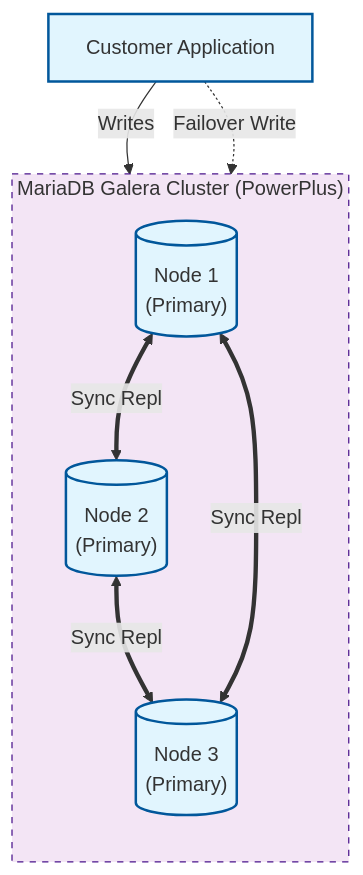
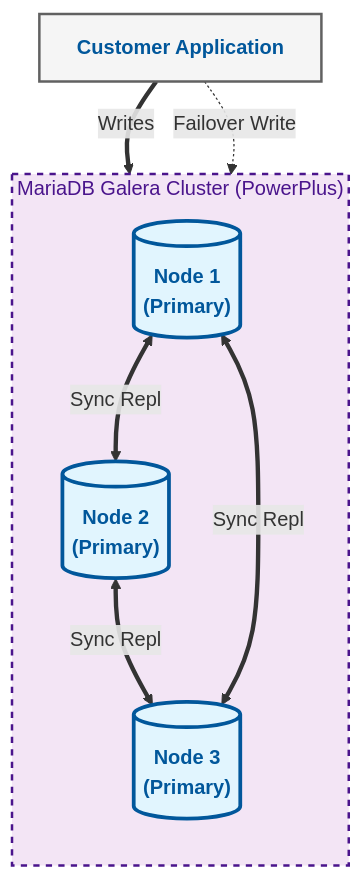
One commit to rusher/mariadb-docs changed the third of 4 diagrams in mariadb-cloud/quickstart/bring-your-own-account-byoa.md. Above: the diagram before and after it, drawn with Mermaid. The commit also changed other lines of this file, not shown here.

Commit message:
GitBook: No commit message

````diff
--- a/mariadb-cloud/quickstart/bring-your-own-account-byoa.md
+++ b/mariadb-cloud/quickstart/bring-your-own-account-byoa.md
@@ -108,26 +108,27 @@
 ```mermaid
 graph TD
-    %% Styles
-    classDef node fill:#e1f5fe,stroke:#01579b,stroke-width:2px;
-    classDef sync fill:#ffffff,stroke:#01579b,stroke-width:2px,stroke-dasharray: 5 5;
+    %% Global Styles: Bold fonts and thick borders for readability
+    classDef node fill:#e1f5fe,stroke:#01579b,stroke-width:3px,color:#01579b,font-size:16px,font-weight:bold;
+    classDef external fill:#f5f5f5,stroke:#616161,stroke-width:2px,font-size:16px;
 
-    App[Customer Application]
+    App[Customer Application]:::external
 
     subgraph Galera_Cluster ["MariaDB Galera Cluster (PowerPlus)"]
         direction TB
         N1[("Node 1<br/>(Primary)")]:::node
         N2[("Node 2<br/>(Primary)")]:::node
         N3[("Node 3<br/>(Primary)")]:::node
         
-        %% Synchronous Replication
-        N1 <==>|Sync Repl| N2
-        N2 <==>|Sync Repl| N3
-        N3 <==>|Sync Repl| N1
+        %% Synchronous Replication with thick lines
+        N1 <==>|"Sync Repl"| N2
+        N2 <==>|"Sync Repl"| N3
+        N3 <==>|"Sync Repl"| N1
     end
 
-    App -->|Writes| N1
-    App -.->|Failover Write| N2
-    
-    %% Note
-    style Galera_Cluster fill:#f3e5f5,stroke:#4a148c,stroke-dasharray: 5 5
+    %% Connection styling
+    App ==>|"Writes"| N1
+    App -.->|"Failover Write"| N2
+
+    %% Subgraph styling
+    style Galera_Cluster fill:#f3e5f5,stroke:#4a148c,stroke-width:2px,stroke-dasharray: 5 5,color:#4a148c
 ```
````
